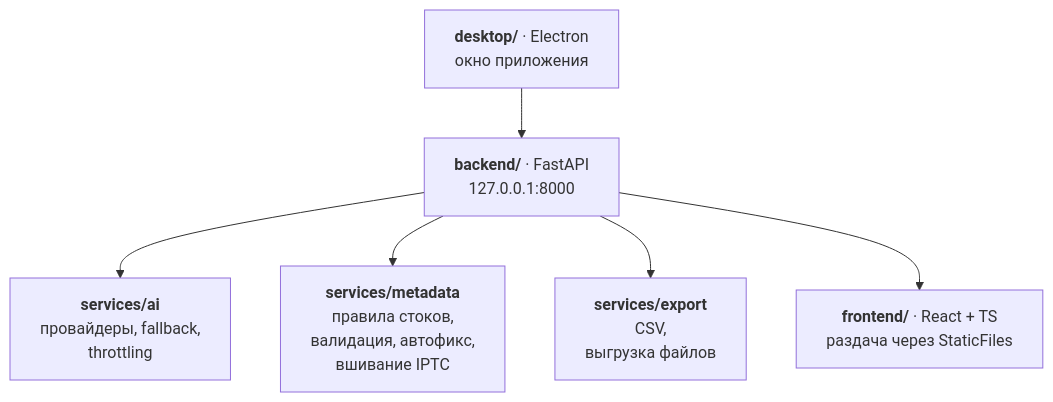
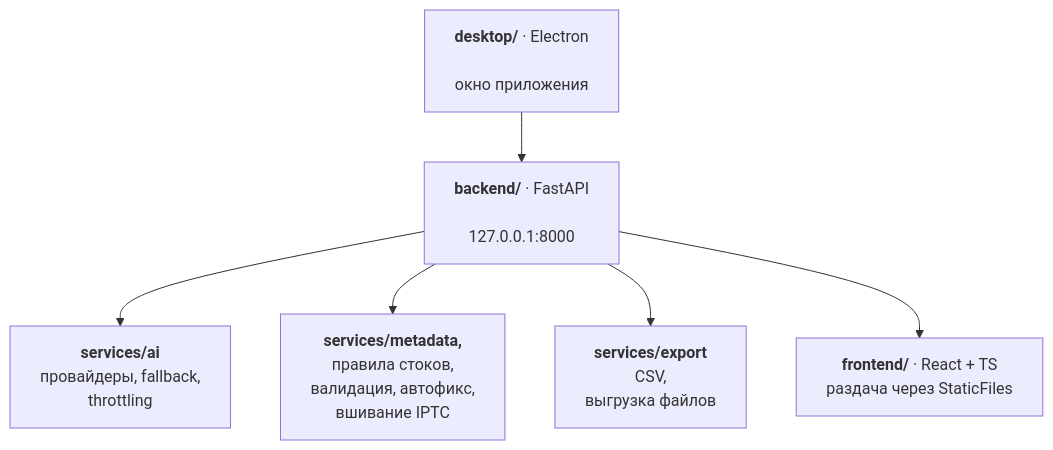
One commit to SlavaKlkv/photo_metadata_ai changed the diagram in README.md. Above: the diagram before and after it, drawn with Mermaid.

Commit message:
Fix mermaid diagram formatting in README
Updated mermaid diagram formatting for better readability.

````diff
--- a/README.md
+++ b/README.md
@@ -66,9 +66,9 @@
 ```mermaid
 flowchart TB
-  E["<b>desktop/</b> · Electron<br/>окно приложения"] --> B["<b>backend/</b> · FastAPI<br/>127.0.0.1:8000"]
+  E["<b>desktop/</b> · Electron<br/>\nокно приложения"] --> B["<b>backend/</b> · FastAPI<br/>\n127.0.0.1:8000"]
 
-  B --> AI["<b>services/ai</b><br/>провайдеры, fallback,<br/>throttling"]
-  B --> META["<b>services/metadata</b><br/>правила стоков,<br/>валидация, автофикс,<br/>вшивание IPTC"]
-  B --> EXP["<b>services/export</b><br/>CSV,<br/>выгрузка файлов"]
-  B --> UI["<b>frontend/</b> · React + TS<br/>раздача через StaticFiles"]
+  B --> AI["<b>services/ai</b> <br/>провайдеры, fallback, <br/>throttling"]
+  B --> META["<b>services/metadata,</b><br/> правила стоков,<br/> валидация, автофикс,<br/> вшивание IPTC"]
+  B --> EXP["<b>services/export</b><br/> CSV,<br/> выгрузка файлов"]
+  B --> UI["<b>frontend/</b> · React + TS<br/> раздача через StaticFiles"]
 ```
````
